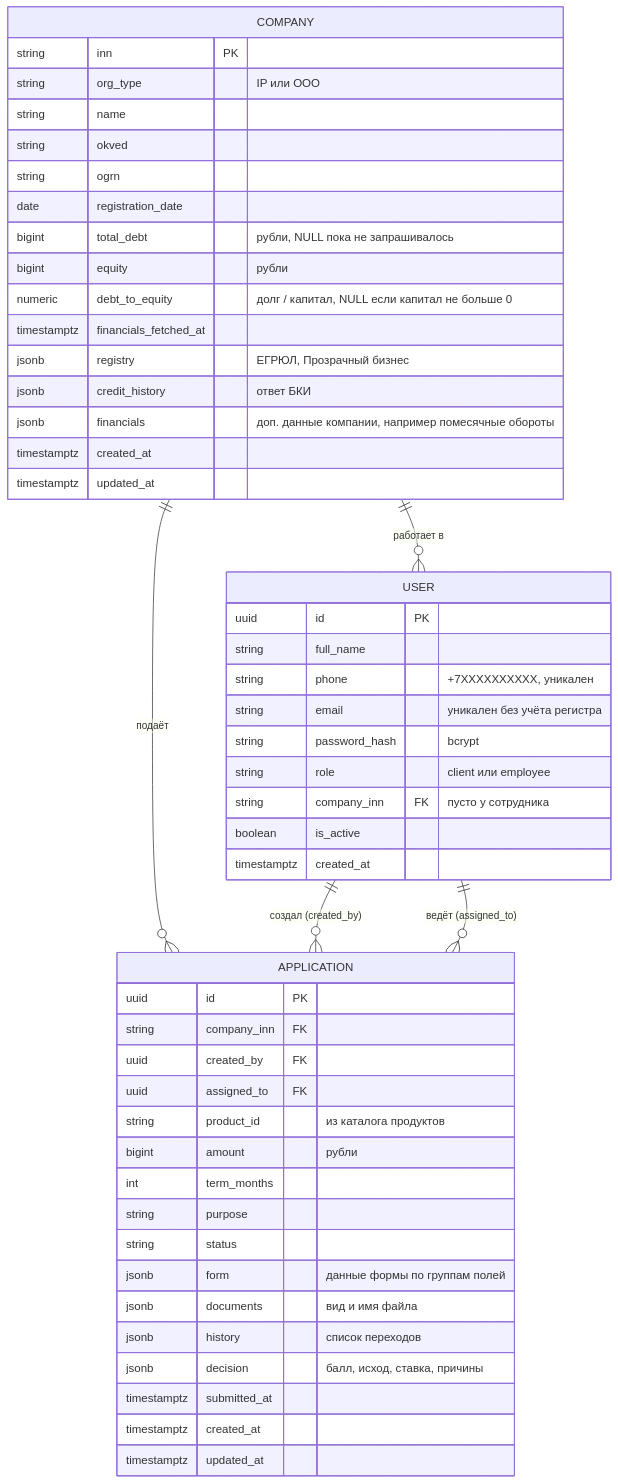
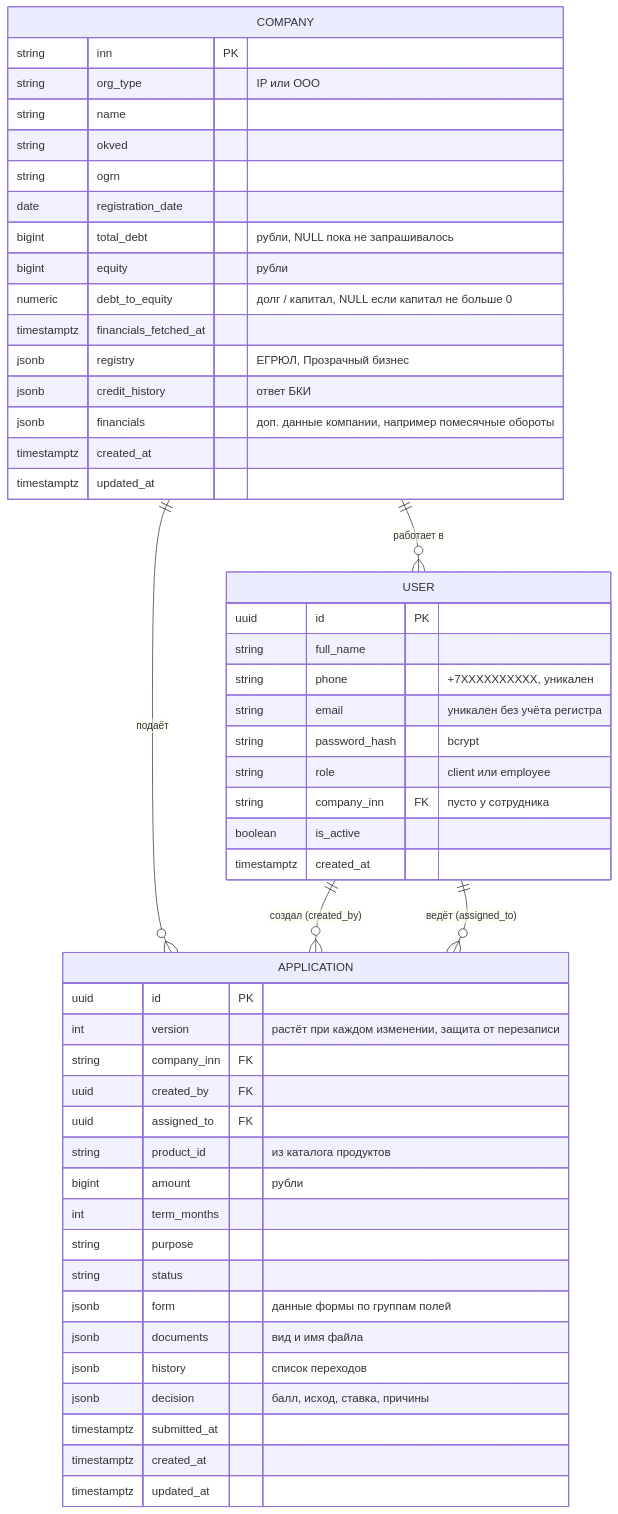
One commit to rudast/alpha-hack-2026 changed the diagram in docs/data-model.md. Above: the diagram before and after it, drawn with Mermaid. The commit also changed other lines of this file and 17 other files, not shown here.

````diff
--- a/docs/data-model.md
+++ b/docs/data-model.md
@@ -7,54 +7,55 @@
 ```mermaid
 erDiagram
     COMPANY ||--o{ USER : "работает в"
     COMPANY ||--o{ APPLICATION : "подаёт"
     USER ||--o{ APPLICATION : "создал (created_by)"
     USER ||--o{ APPLICATION : "ведёт (assigned_to)"
 
     COMPANY {
         string inn PK
         string org_type "IP или OOO"
         string name
         string okved
         string ogrn
         date registration_date
         bigint total_debt "рубли, NULL пока не запрашивалось"
         bigint equity "рубли"
         numeric debt_to_equity "долг / капитал, NULL если капитал не больше 0"
         timestamptz financials_fetched_at
         jsonb registry "ЕГРЮЛ, Прозрачный бизнес"
         jsonb credit_history "ответ БКИ"
         jsonb financials "доп. данные компании, например помесячные обороты"
         timestamptz created_at
         timestamptz updated_at
     }
     USER {
         uuid id PK
         string full_name
         string phone "+7XXXXXXXXXX, уникален"
         string email "уникален без учёта регистра"
         string password_hash "bcrypt"
         string role "client или employee"
         string company_inn FK "пусто у сотрудника"
         boolean is_active
         timestamptz created_at
     }
     APPLICATION {
         uuid id PK
+        int version "растёт при каждом изменении, защита от перезаписи"
         string company_inn FK
         uuid created_by FK
         uuid assigned_to FK
         string product_id "из каталога продуктов"
         bigint amount "рубли"
         int term_months
         string purpose
         string status
         jsonb form "данные формы по группам полей"
         jsonb documents "вид и имя файла"
         jsonb history "список переходов"
         jsonb decision "балл, исход, ставка, причины"
         timestamptz submitted_at
         timestamptz created_at
         timestamptz updated_at
     }
 ```
````
